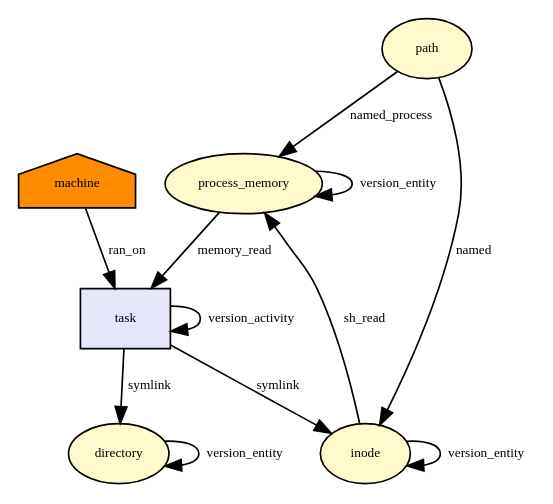
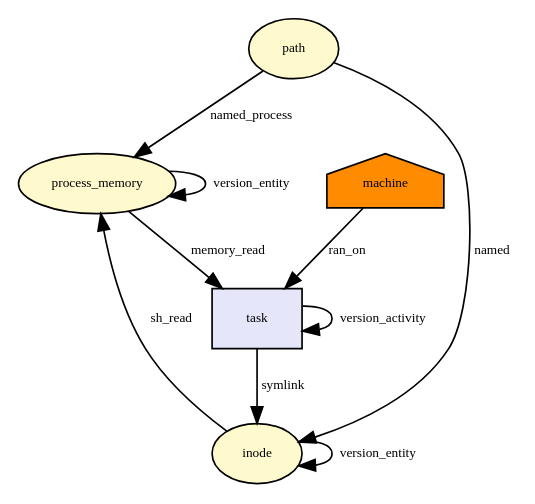
The diagram in docs/dot/inode_symlink.dot (CamFlow/camflow-dev), drawn with Graphviz before and after one commit. The commit also changed 30 other files, not shown here.

```diff
--- a/docs/dot/inode_symlink.dot
+++ b/docs/dot/inode_symlink.dot
@@ -1,35 +1,29 @@
 digraph RGL__DirectedAdjacencyGraph {path[fontsize = 8,label = path,shape = ellipse, fillcolor="#fffacd", style = filled]
 
 process_memory[fontsize = 8,label = process_memory,shape = ellipse, fillcolor="#fffacd", style = filled]
 
 path -> process_memory[fontsize = 8,label = named_process]
 
 machine[fontsize = 8,label = machine,shape = house, fillcolor="#ff8c00", style = filled]
 
 task[fontsize = 8,label = task,shape = rectangle, fillcolor="#e6e6fa", style = filled]
 
 machine -> task[fontsize = 8,label = ran_on]
 
 inode[fontsize = 8,label = inode,shape = ellipse, fillcolor="#fffacd", style = filled]
 
 path -> inode[fontsize = 8,label = named]
 
 process_memory -> task[fontsize = 8,label = memory_read]
 
-directory[fontsize = 8,label = directory,shape = ellipse, fillcolor="#fffacd", style = filled]
-
-task -> directory[fontsize = 8,label = symlink]
+task -> inode[fontsize = 8,label = symlink]
 
 task -> task[fontsize = 8,label = version_activity]
 
-directory -> directory[fontsize = 8,label = version_entity]
+inode -> inode[fontsize = 8,label = version_entity]
 
 inode -> process_memory[fontsize = 8,label = sh_read]
 
 process_memory -> process_memory[fontsize = 8,label = version_entity]
 
-task -> inode[fontsize = 8,label = symlink]
-
-inode -> inode[fontsize = 8,label = version_entity]
-
 }
```
